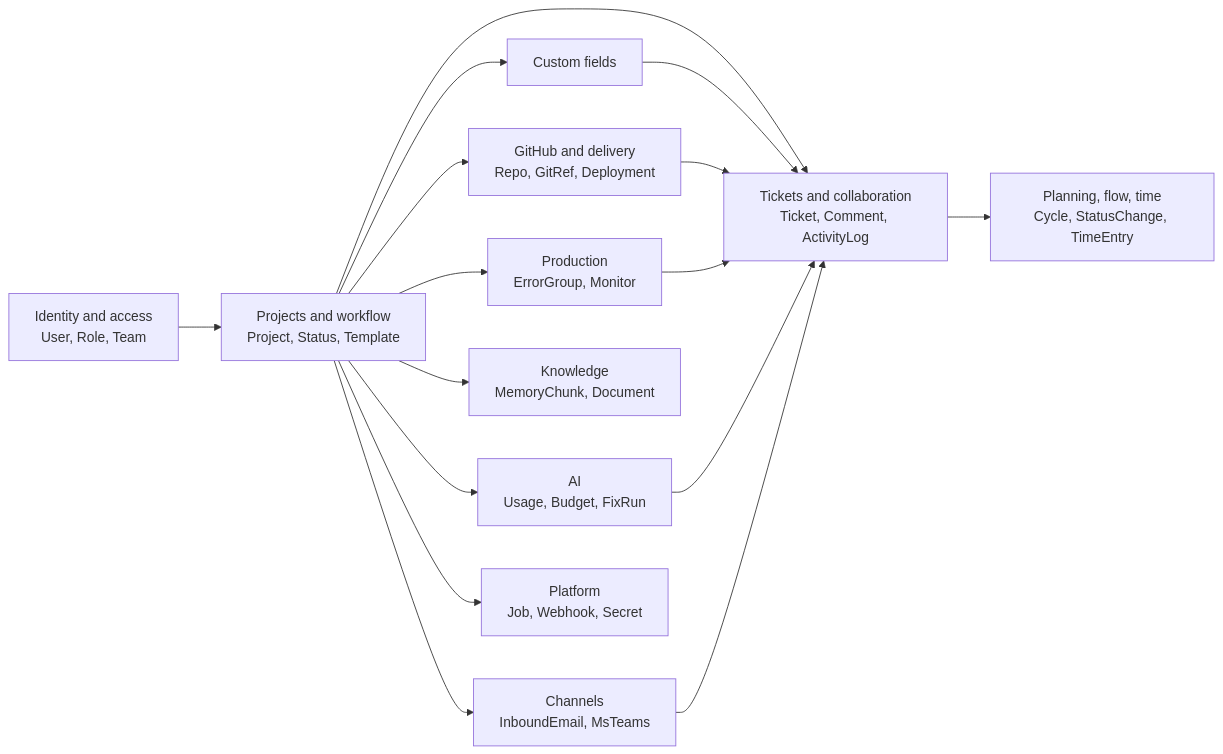
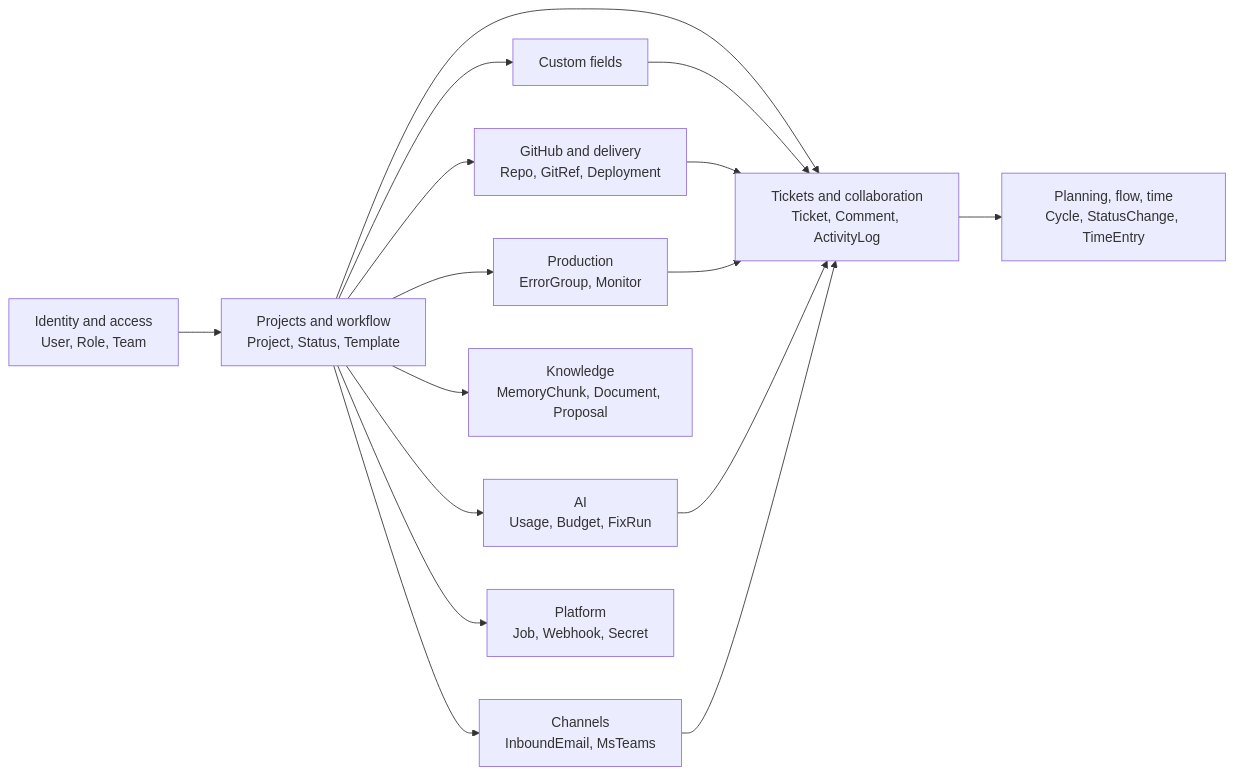
The first of 12 diagrams in docs/ER-DIAGRAM.md (Prathameshppawar/taskforge), drawn with Mermaid before and after one commit. The commit also changed other lines of this file and 9 other files, not shown here.

````diff
--- a/docs/ER-DIAGRAM.md
+++ b/docs/ER-DIAGRAM.md
@@ -55,18 +55,18 @@
 ```mermaid
 flowchart LR
   ID[Identity and access<br/>User, Role, Team] --> PR[Projects and workflow<br/>Project, Status, Template]
   PR --> TK[Tickets and collaboration<br/>Ticket, Comment, ActivityLog]
   TK --> PL[Planning, flow, time<br/>Cycle, StatusChange, TimeEntry]
   PR --> CF[Custom fields]
   CF --> TK
   PR --> GH[GitHub and delivery<br/>Repo, GitRef, Deployment]
   GH --> TK
   PR --> PD[Production<br/>ErrorGroup, Monitor]
   PD --> TK
   PR --> AI[AI<br/>Usage, Budget, FixRun]
   AI --> TK
-  PR --> KN[Knowledge<br/>MemoryChunk, Document]
+  PR --> KN[Knowledge<br/>MemoryChunk, Document, Proposal]
   PR --> CH[Channels<br/>InboundEmail, MsTeams]
   CH --> TK
   PR --> PF[Platform<br/>Job, Webhook, Secret]
 ```
````
